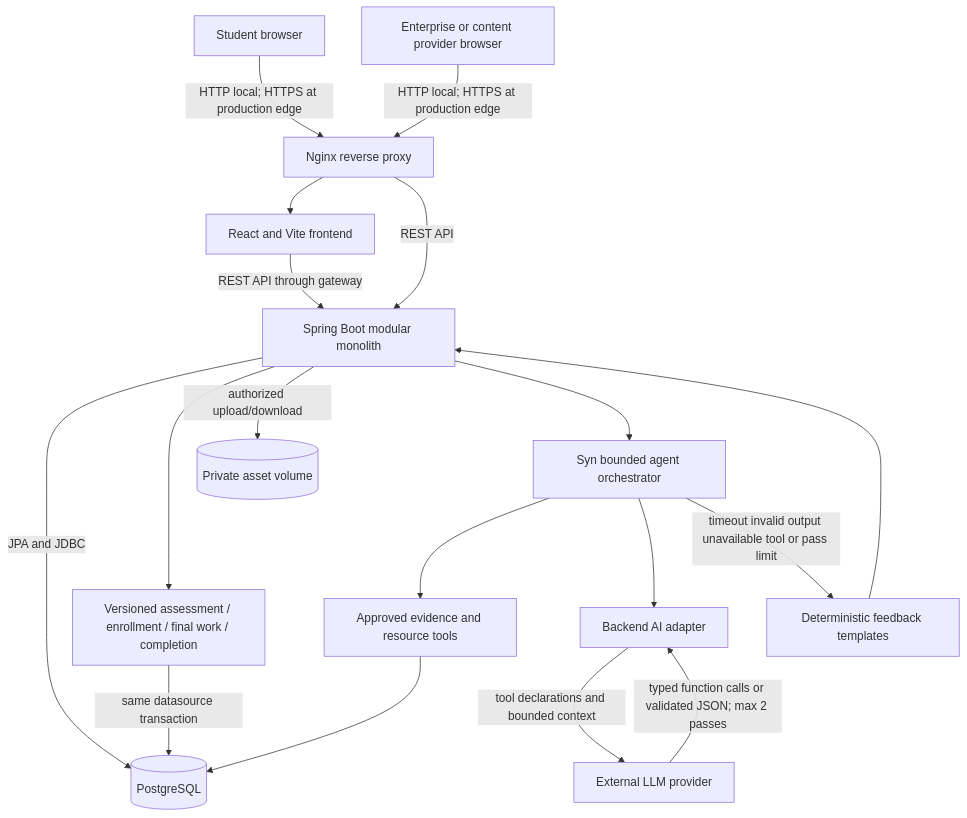
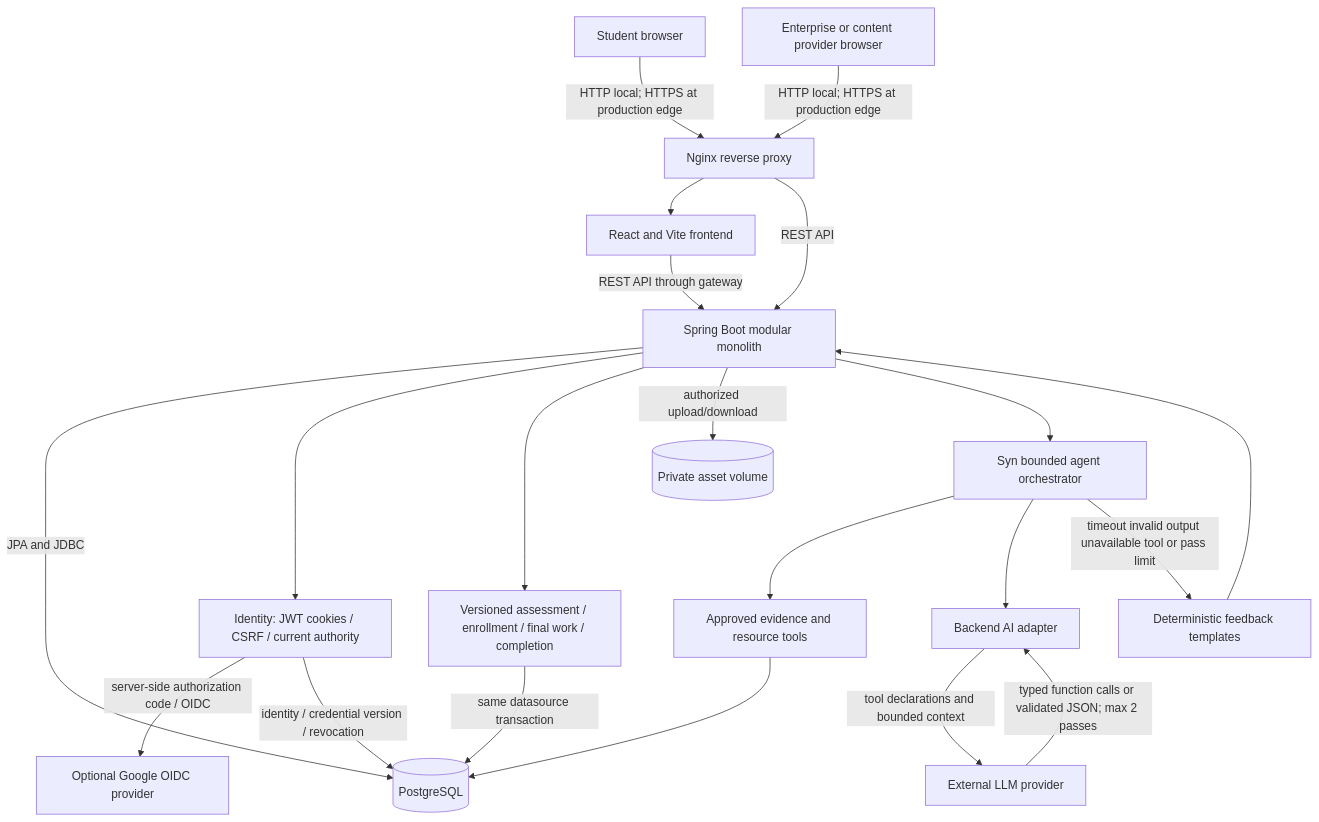
One commit to han-labs/career-simulation-platform changed the diagram in docs/architecture/README.md. Above: the diagram before and after it, drawn with Mermaid. The commit also changed other lines of this file and 75 other files, not shown here.

````diff
--- a/docs/architecture/README.md
+++ b/docs/architecture/README.md
@@ -5,34 +12,39 @@
 ```mermaid
 flowchart TB
     Student["Student browser"]
     Enterprise["Enterprise or content provider browser"]
     Gateway["Nginx reverse proxy"]
     Frontend["React and Vite frontend"]
     Backend["Spring Boot modular monolith"]
+    Identity["Identity: JWT cookies / CSRF / current authority"]
+    Google["Optional Google OIDC provider"]
     Agent["Syn bounded agent orchestrator"]
     Tools["Approved evidence and resource tools"]
     Database[("PostgreSQL")]
     Core["Versioned assessment / enrollment / final work / completion"]
     Assets[("Private asset volume")]
     AIAdapter["Backend AI adapter"]
     LLM["External LLM provider"]
     Fallback["Deterministic feedback templates"]
 
     Student -->|HTTP local; HTTPS at production edge| Gateway
     Enterprise -->|HTTP local; HTTPS at production edge| Gateway
     Gateway --> Frontend
     Gateway -->|REST API| Backend
     Frontend -->|REST API through gateway| Backend
     Backend -->|JPA and JDBC| Database
+    Backend --> Identity
+    Identity -->|server-side authorization code / OIDC| Google
+    Identity -->|identity / credential version / revocation| Database
     Backend --> Core
     Core -->|same datasource transaction| Database
     Backend -->|authorized upload/download| Assets
     Backend --> Agent
     Agent --> Tools
     Tools --> Database
     Agent --> AIAdapter
     AIAdapter -->|tool declarations and bounded context| LLM
     LLM -->|typed function calls or validated JSON; max 2 passes| AIAdapter
     Agent -->|timeout invalid output unavailable tool or pass limit| Fallback
     Fallback --> Backend
 ```
````
